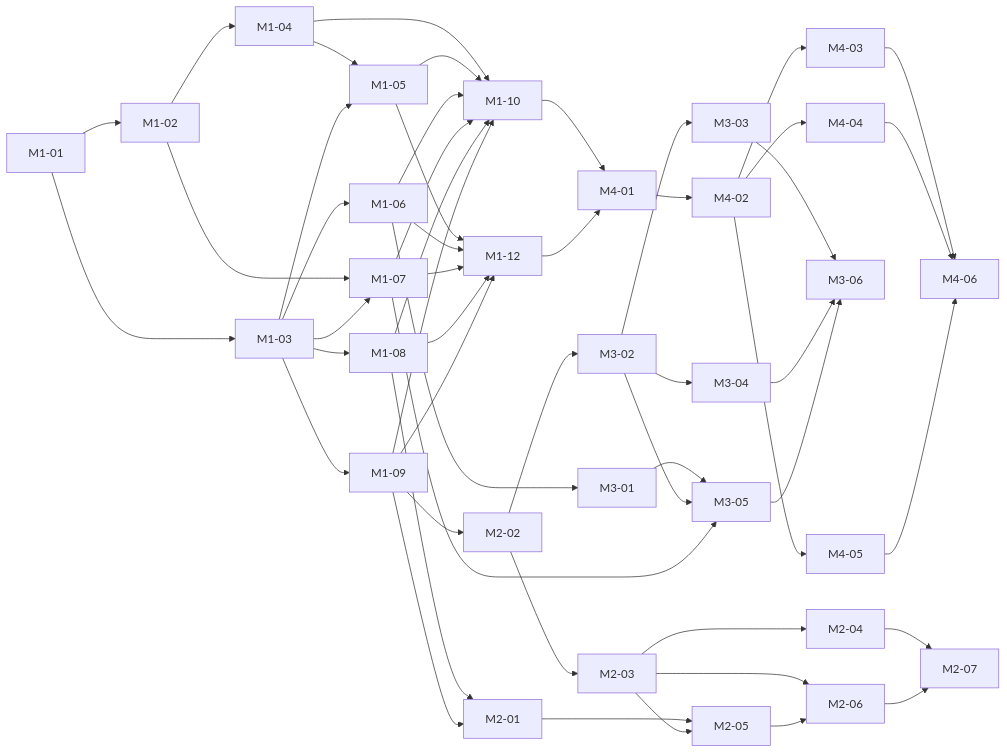
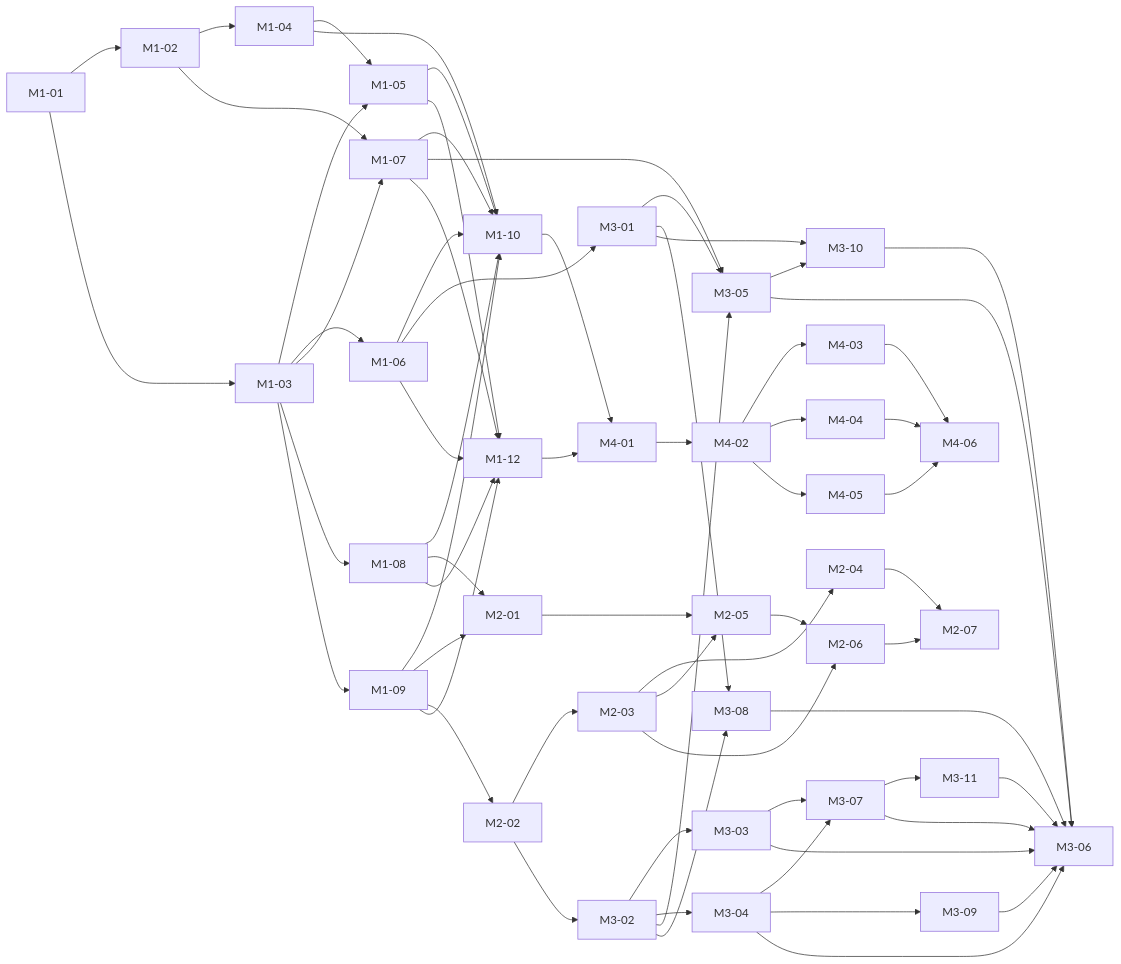
Before and after one commit to Duresa7/app-portal: the diagram in docs/ROADMAP.md, drawn with Mermaid. The commit also changed other lines of this file and 9 other files, not shown here.

````diff
--- a/docs/ROADMAP.md
+++ b/docs/ROADMAP.md
@@ -72,26 +79,30 @@
 ```mermaid
 graph LR
   M1-01 --> M1-02 --> M1-04 --> M1-05
   M1-01 --> M1-03 --> M1-05
   M1-03 --> M1-06
   M1-02 --> M1-07
   M1-03 --> M1-07
   M1-03 --> M1-08
   M1-03 --> M1-09
   M1-04 & M1-05 & M1-06 & M1-07 & M1-08 & M1-09 --> M1-10
   M1-08 & M1-09 --> M2-01
   M1-09 --> M2-02 --> M2-03 --> M2-04
   M2-01 & M2-03 --> M2-05
   M2-03 & M2-05 --> M2-06
   M2-04 & M2-06 --> M2-07
   M1-06 --> M3-01
   M2-02 --> M3-02 --> M3-03
   M3-02 --> M3-04
   M3-01 & M3-02 & M1-07 --> M3-05
-  M3-03 & M3-04 & M3-05 --> M3-06
+  M3-03 & M3-04 --> M3-07 --> M3-11
+  M3-01 & M3-02 --> M3-08
+  M3-04 --> M3-09
+  M3-01 & M3-05 --> M3-10
+  M3-03 & M3-04 & M3-05 & M3-07 & M3-08 & M3-09 & M3-10 & M3-11 --> M3-06
   M1-05 & M1-06 & M1-07 & M1-08 & M1-09 --> M1-12
   M1-10 & M1-12 --> M4-01 --> M4-02 --> M4-03
   M4-02 --> M4-04
   M4-02 --> M4-05
   M4-03 & M4-04 & M4-05 --> M4-06
 ```
````
